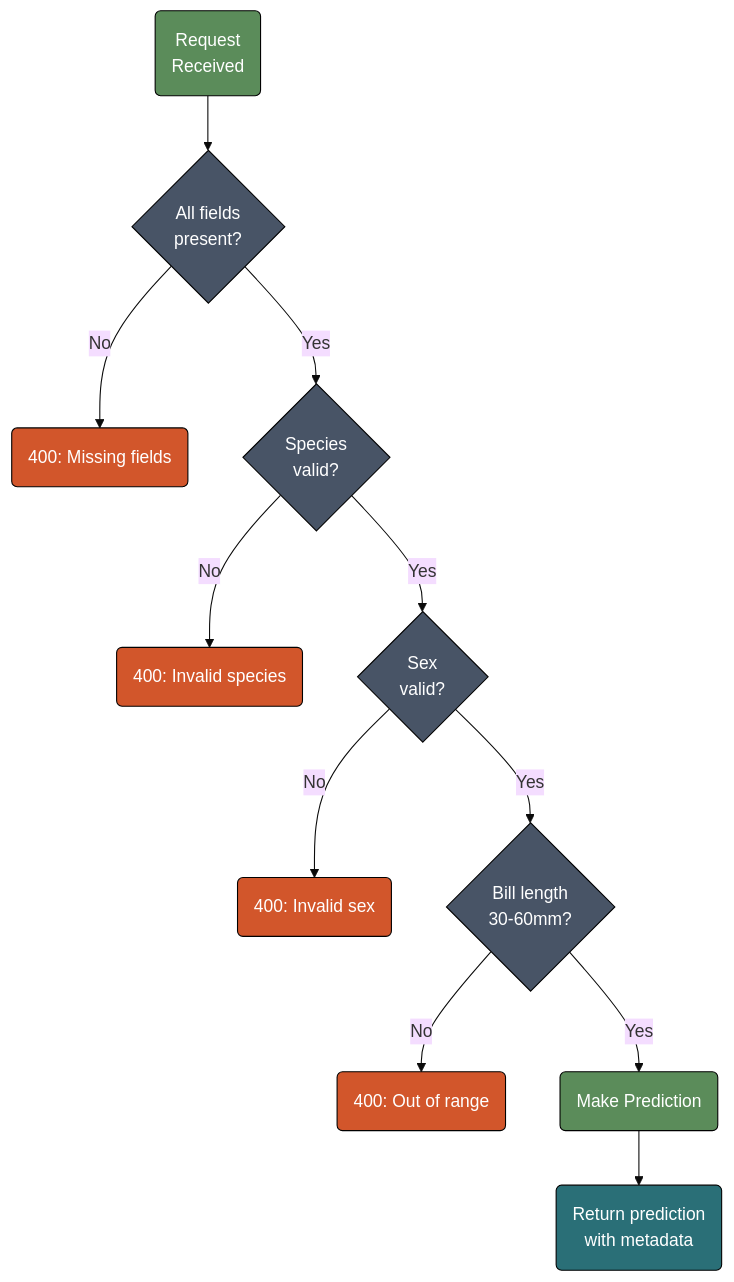
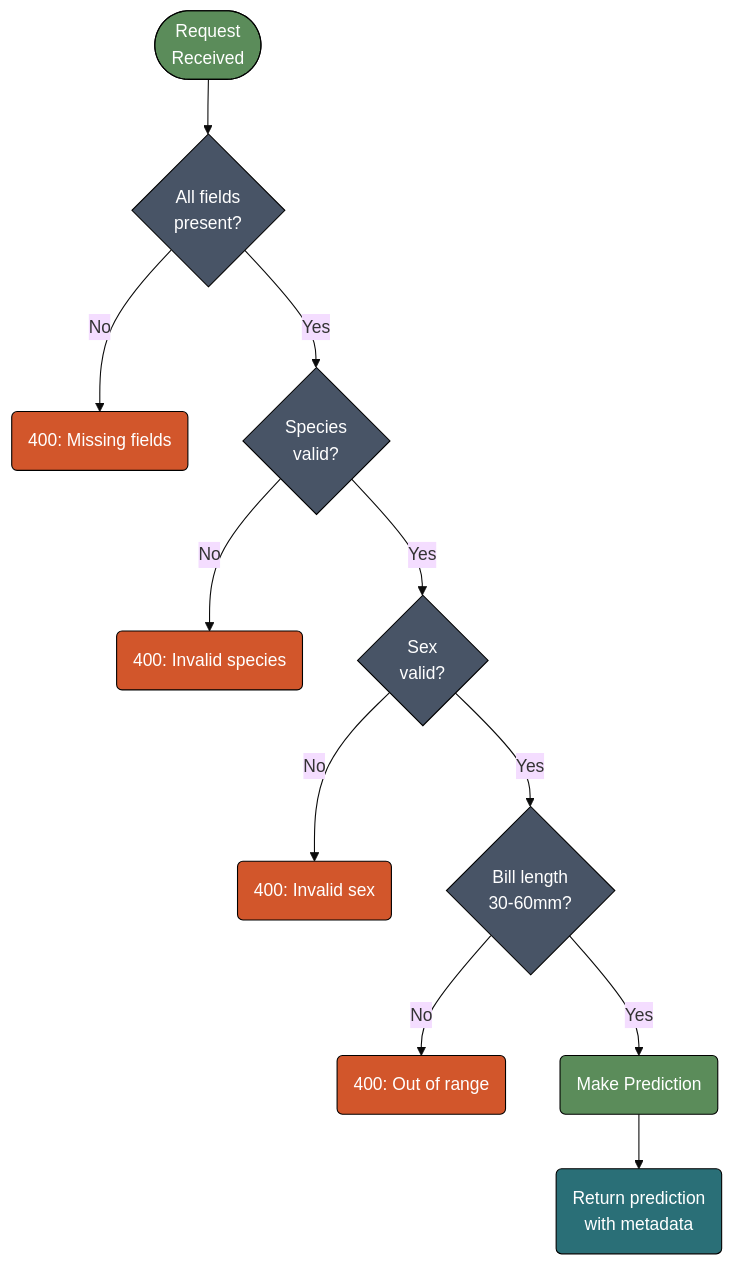
Before and after one commit to mjfrigaard/do4ds-labs: the fifth of 7 diagrams in plumber2.qmd, drawn with Mermaid. The commit also changed other lines of this file and 19 other files, not shown here.

````diff
--- a/plumber2.qmd
+++ b/plumber2.qmd
@@ -765,35 +774,35 @@
 ```{mermaid}
 %%| fig-cap: 'The /predict-validated Checks'
 %%| fig-width: 7.0
 %%| fig-align: 'center'
 %%{init: {'theme': 'base', 'themeVariables': {'fontFamily': 'monospace'}}}%%
 
 graph TD
-    Start("Request<br>Received")
+    Start(["Request<br>Received"])
 
     Start --> Check1{All fields<br>present?}
     Check1 -->|No| Error1("400: Missing fields")
     Check1 -->|Yes| Check2{Species<br>valid?}
 
     Check2 -->|No| Error2("400: Invalid species")
     Check2 -->|Yes| Check3{Sex<br>valid?}
 
     Check3 -->|No| Error3("400: Invalid sex")
     Check3 -->|Yes| Check4{Bill length<br>30-60mm?}
 
     Check4 -->|No| Error4("400: Out of range")
     Check4 -->|Yes| Predict("Make Prediction")
 
     Predict --> Success("Return prediction<br>with metadata")
     style Start fill:#5B8C5A,stroke:#000000,stroke-width:1px,color:#ffffff
     style Check1 fill:#485466,stroke:#000000,stroke-width:1px,color:#ffffff
     style Check2 fill:#485466,stroke:#000000,stroke-width:1px,color:#ffffff
     style Check3 fill:#485466,stroke:#000000,stroke-width:1px,color:#ffffff
     style Check4 fill:#485466,stroke:#000000,stroke-width:1px,color:#ffffff
     style Error1 fill:#D2562B,stroke:#000000,stroke-width:1px,color:#ffffff
     style Error2 fill:#D2562B,stroke:#000000,stroke-width:1px,color:#ffffff
     style Error3 fill:#D2562B,stroke:#000000,stroke-width:1px,color:#ffffff
     style Error4 fill:#D2562B,stroke:#000000,stroke-width:1px,color:#ffffff
     style Predict fill:#5B8C5A,stroke:#000000,stroke-width:1px,color:#ffffff
     style Success fill:#2A6F77,stroke:#000000,stroke-width:1px,color:#ffffff
 ```
````
